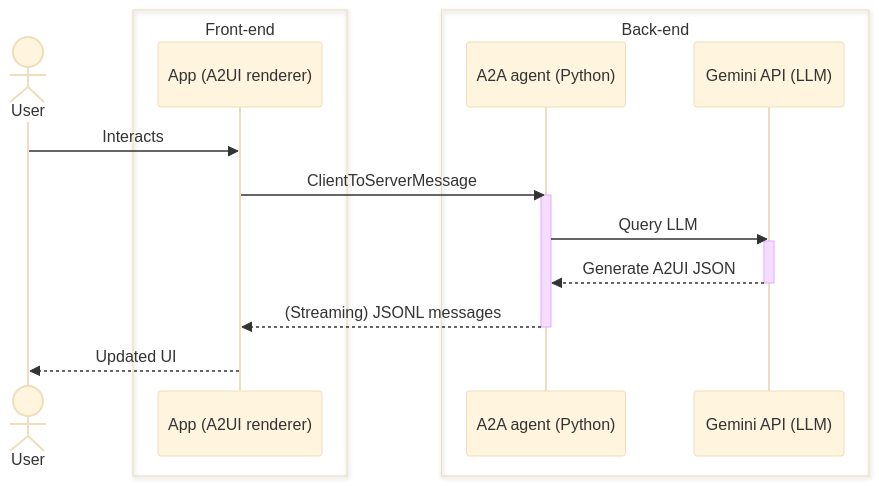
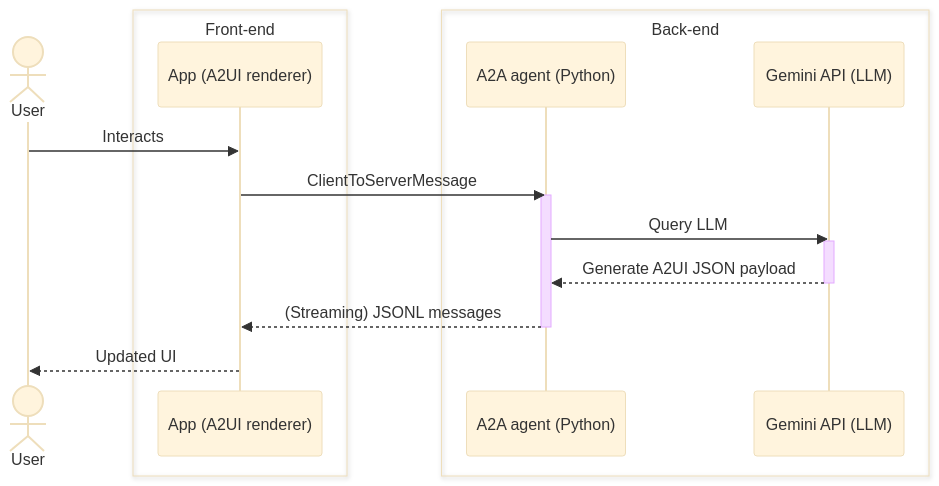
One commit to a2ui-project/a2ui changed the diagram in docs/public/quickstart.md. Above: the diagram before and after it, drawn with Mermaid (base theme). The commit also changed other lines of this file, not shown here.

````diff
--- a/docs/public/quickstart.md
+++ b/docs/public/quickstart.md
@@ -128,22 +139,22 @@
 ```mermaid
 sequenceDiagram
     actor User
     box Front-end
     participant App@{"alias":"App (A2UI renderer)"}
     end
     box Back-end
     participant Agent@{"alias":"A2A agent (Python)"}
     participant LLM@{"alias":"Gemini API (LLM)"}
     end
     
     User->>App: Interacts
     App->>Agent: ClientToServerMessage
     activate Agent
     Agent->>LLM: Query LLM
     activate LLM
-    LLM-->>Agent: Generate A2UI JSON
+    LLM-->>Agent: Generate A2UI JSON payload
     deactivate LLM
     Agent-->>App: (Streaming) JSONL messages
     deactivate Agent
     App-->>User: Updated UI
 ```
````
